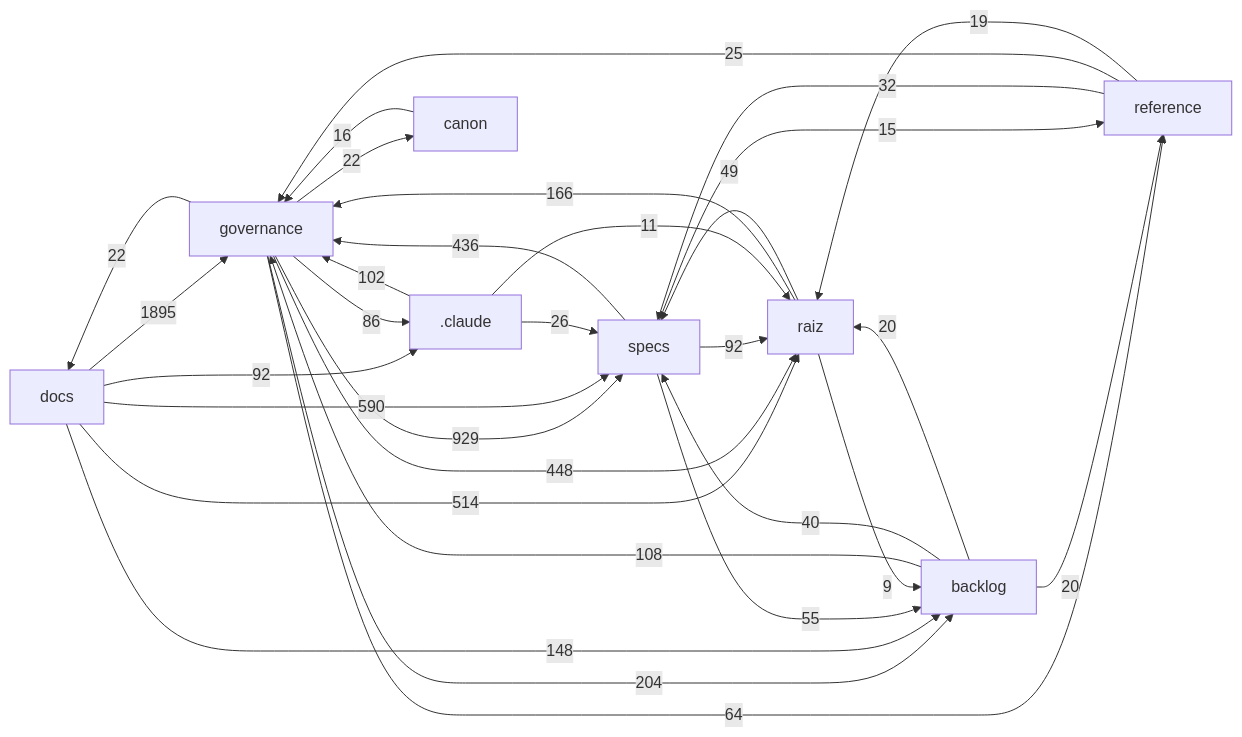
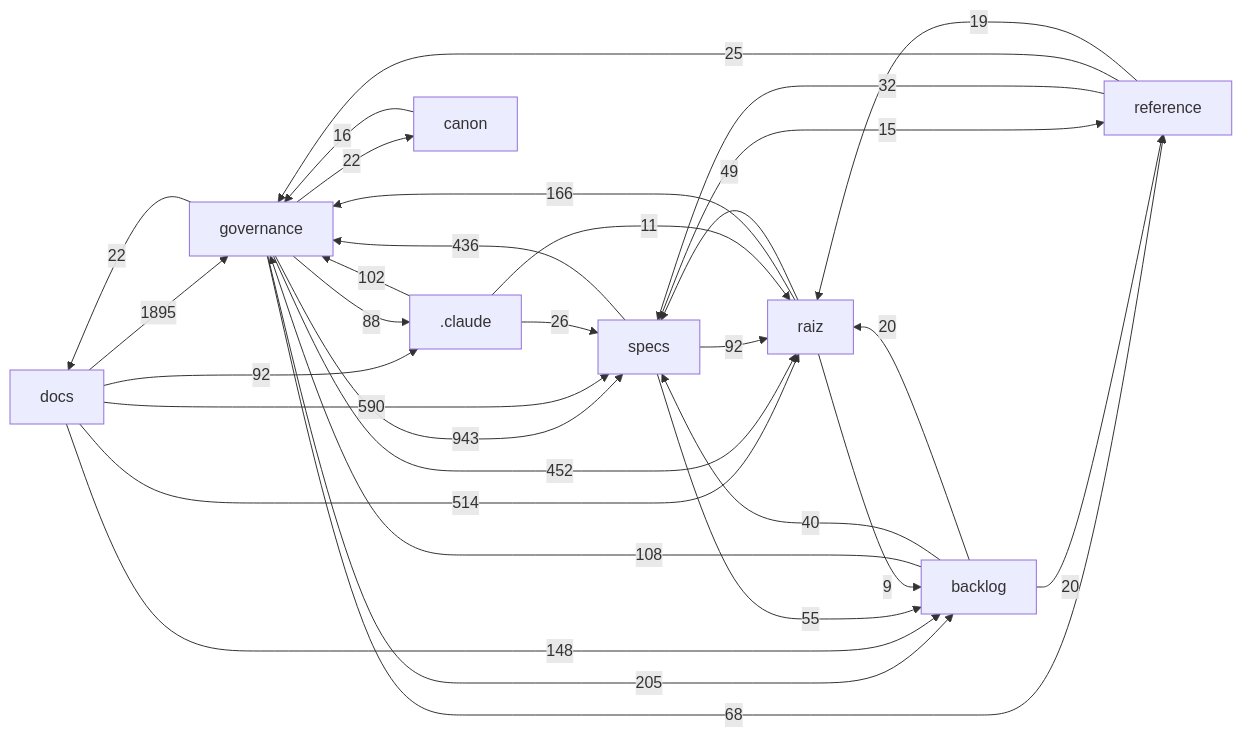
Before and after one commit to Andraus35/Sistema-Operacional-de-Trading--SOT: the diagram in docs/mapa/MAPA-PROJETO.md, drawn with Mermaid. The commit also changed other lines of this file and 2 other files, not shown here.

````diff
--- a/docs/mapa/MAPA-PROJETO.md
+++ b/docs/mapa/MAPA-PROJETO.md
@@ -29,33 +29,33 @@
 ```mermaid
 flowchart LR
   docs["docs"] -->|1895| governance["governance"]
-  governance["governance"] -->|929| specs["specs"]
+  governance["governance"] -->|943| specs["specs"]
   docs["docs"] -->|590| specs["specs"]
   docs["docs"] -->|514| raiz["raiz"]
-  governance["governance"] -->|448| raiz["raiz"]
+  governance["governance"] -->|452| raiz["raiz"]
   specs["specs"] -->|436| governance["governance"]
-  governance["governance"] -->|204| backlog["backlog"]
+  governance["governance"] -->|205| backlog["backlog"]
   raiz["raiz"] -->|166| governance["governance"]
   docs["docs"] -->|148| backlog["backlog"]
   backlog["backlog"] -->|108| governance["governance"]
   _claude[".claude"] -->|102| governance["governance"]
   docs["docs"] -->|92| _claude[".claude"]
   specs["specs"] -->|92| raiz["raiz"]
-  governance["governance"] -->|86| _claude[".claude"]
-  governance["governance"] -->|64| reference["reference"]
+  governance["governance"] -->|88| _claude[".claude"]
+  governance["governance"] -->|68| reference["reference"]
   specs["specs"] -->|55| backlog["backlog"]
   raiz["raiz"] -->|49| specs["specs"]
   backlog["backlog"] -->|40| specs["specs"]
   reference["reference"] -->|32| specs["specs"]
   _claude[".claude"] -->|26| specs["specs"]
   reference["reference"] -->|25| governance["governance"]
   governance["governance"] -->|22| docs["docs"]
   governance["governance"] -->|22| canon["canon"]
   backlog["backlog"] -->|20| raiz["raiz"]
   backlog["backlog"] -->|20| reference["reference"]
   reference["reference"] -->|19| raiz["raiz"]
   canon["canon"] -->|16| governance["governance"]
   specs["specs"] -->|15| reference["reference"]
   _claude[".claude"] -->|11| raiz["raiz"]
   raiz["raiz"] -->|9| backlog["backlog"]
 ```
````
